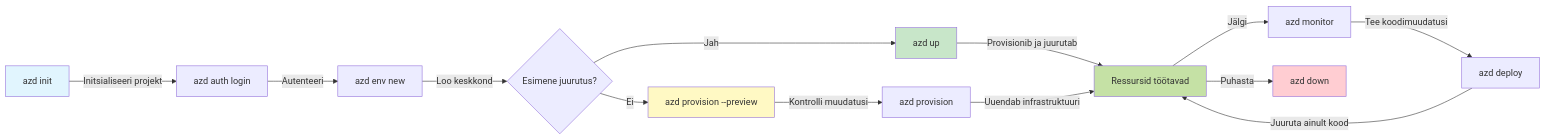
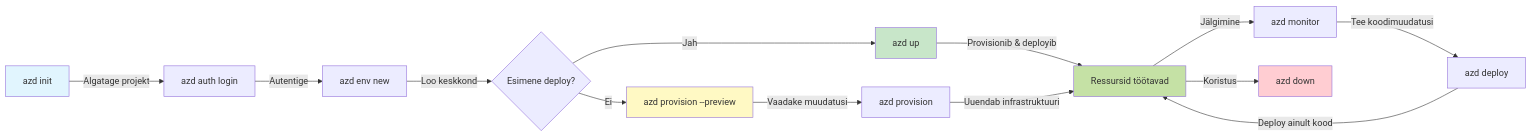
The first of 2 diagrams in translations/et/docs/chapter-01-foundation/azd-basics.md (microsoft/AZD-for-beginners), drawn with Mermaid before and after one commit. The commit also changed other lines of this file and 101 other files, not shown here.

````diff
--- a/translations/et/docs/chapter-01-foundation/azd-basics.md
+++ b/translations/et/docs/chapter-01-foundation/azd-basics.md
@@ -254,21 +269,21 @@
 ```mermaid
 graph LR
-    A[azd init] -->|Initsialiseeri projekt| B[azd auth login]
-    B -->|Autenteeri| C[azd env new]
-    C -->|Loo keskkond| D{Esimene juurutus?}
+    A[azd init] -->|Algatage projekt| B[azd auth login]
+    B -->|Autentige| C[azd env new]
+    C -->|Loo keskkond| D{Esimene deploy?}
     D -->|Jah| E[azd up]
     D -->|Ei| F[azd provision --preview]
-    F -->|Kontrolli muudatusi| G[azd provision]
-    E -->|Provisionib ja juurutab| H[Ressursid töötavad]
+    F -->|Vaadake muudatusi| G[azd provision]
+    E -->|Provisionib & deployib| H[Ressursid töötavad]
     G -->|Uuendab infrastruktuuri| H
-    H -->|Jälgi| I[azd monitor]
+    H -->|Jälgimine| I[azd monitor]
     I -->|Tee koodimuudatusi| J[azd deploy]
-    J -->|Juuruta ainult kood| H
-    H -->|Puhasta| K[azd down]
+    J -->|Deploy ainult kood| H
+    H -->|Koristus| K[azd down]
     
     style A fill:#e1f5fe
     style E fill:#c8e6c9
     style F fill:#fff9c4
     style H fill:#c5e1a5
     style K fill:#ffcdd2
-```
+```  
````
